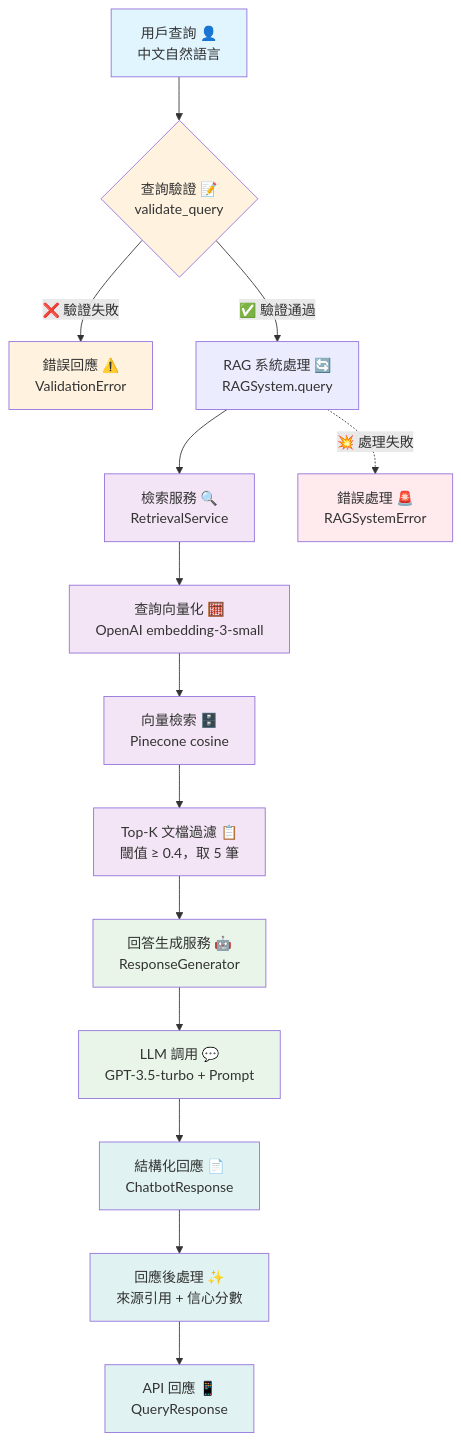
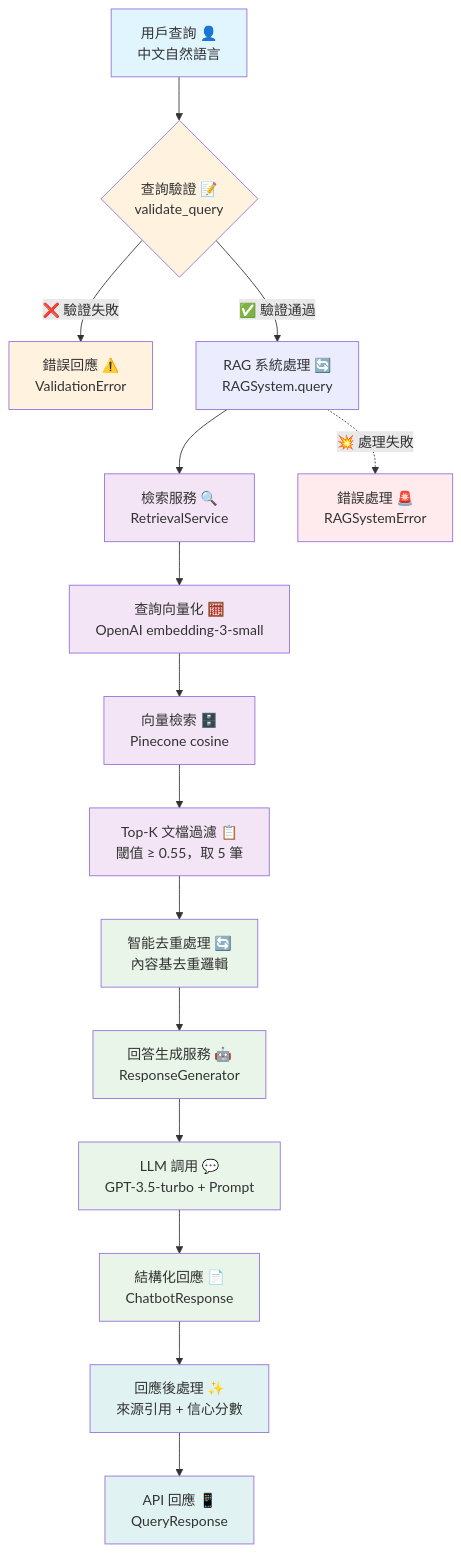
The first of 3 diagrams in docs/國泰RAG系統架構分析報告.md (yenhunghuang/rag-insurance-chatbot), drawn with Mermaid before and after one commit. The commit also changed 3 other files, not shown here.

````diff
--- a/docs/國泰RAG系統架構分析報告.md
+++ b/docs/國泰RAG系統架構分析報告.md
@@ -14,46 +14,48 @@
 ```mermaid
 graph TB
     %% 用戶輸入層
     A[用戶查詢 👤<br/> 中文自然語言] --> B{查詢驗證 📝<br/>validate_query}
 
     %% 驗證失敗處理
     B -->|❌ 驗證失敗| C[錯誤回應 ⚠️<br/>ValidationError]
 
     %% 主要 RAG Pipeline
     B -->|✅ 驗證通過| D[RAG 系統處理 🔄<br/>RAGSystem.query]
 
     %% 文檔檢索階段
     D --> E[檢索服務 🔍<br/>RetrievalService]
     E --> F[查詢向量化 🧮<br/>OpenAI embedding-3-small]
     F --> G[向量檢索 🗄️\nPinecone cosine]
-    G --> H[Top-K 文檔過濾 📋<br/>閾值 ≥ 0.4，取 5 筆]
+    G --> H[Top-K 文檔過濾 📋<br/>閾值 ≥ 0.55，取 5 筆]
 
     %% 回答生成階段
-    H --> I[回答生成服務 🤖<br/>ResponseGenerator]
-    I --> J[LLM 調用 💬\nGPT-3.5-turbo + Prompt]
-    J --> K[結構化回應 📄<br/>ChatbotResponse]
+    H --> I[智能去重處理 🔄<br/>內容基去重邏輯]
+    I --> J[回答生成服務 🤖<br/>ResponseGenerator]
+    J --> K[LLM 調用 💬\nGPT-3.5-turbo + Prompt]
+    K --> L[結構化回應 📄<br/>ChatbotResponse]
 
     %% 回應處理
-    K --> L[回應後處理 ✨<br/>來源引用 + 信心分數]
-    L --> M[API 回應 📱<br/>QueryResponse]
+    L --> M[回應後處理 ✨<br/>來源引用 + 信心分數]
+    M --> N[API 回應 📱<br/>QueryResponse]
 
     %% 錯誤處理
-    D -.->|💥 處理失敗| N[錯誤處理 🚨<br/>RAGSystemError]
+    D -.->|💥 處理失敗| O[錯誤處理 🚨<br/>RAGSystemError]
 
 
 
     %% 樣式定義
     classDef userInput fill:#e1f5fe
     classDef validation fill:#fff3e0
     classDef retrieval fill:#f3e5f5
     classDef generation fill:#e8f5e8
     classDef error fill:#ffebee
     classDef response fill:#e0f2f1
 
     class A userInput
     class B,C validation
     class E,F,G,H retrieval
-    class I,J generation
-    class K,L,M response
-    class N error
+    class I generation
+    class J,K,L generation
+    class M,N response
+    class O error
 ```
````
